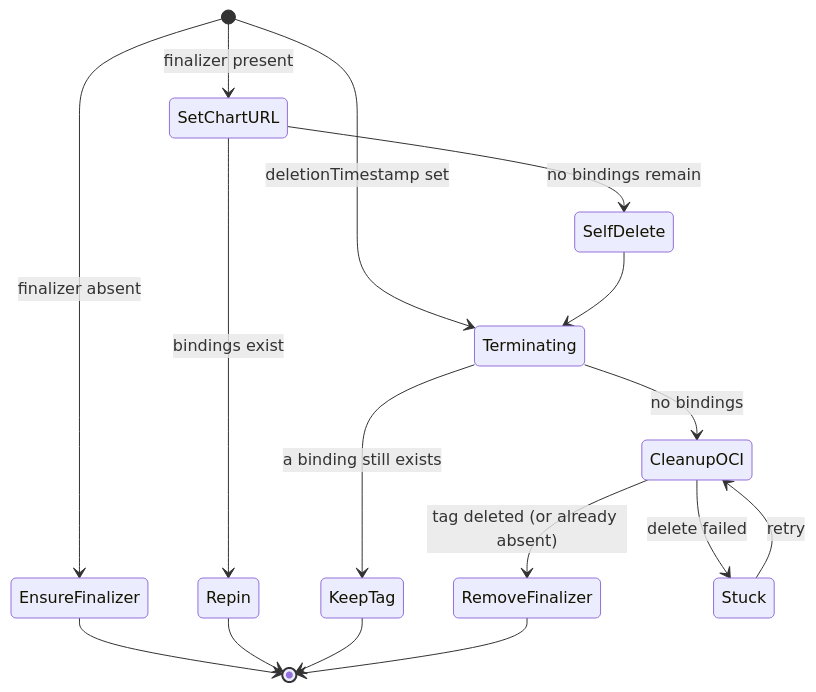
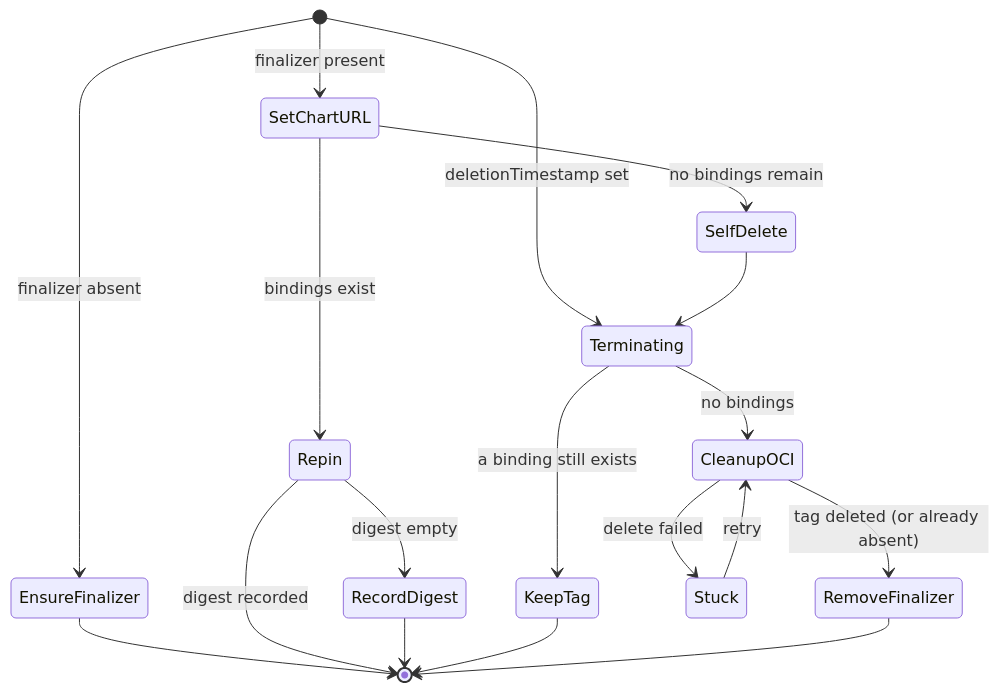
One commit to opendefensecloud/solution-arsenal changed the second of 3 diagrams in docs/developer-guide/renderartifact_controller.md. Above: the diagram before and after it, drawn with Mermaid. The commit also changed other lines of this file and 46 other files, not shown here.

Commit message:
feat: match the live chart by digest and roll up Target health

````diff
--- a/docs/developer-guide/renderartifact_controller.md
+++ b/docs/developer-guide/renderartifact_controller.md
@@ -54,20 +55,22 @@
 ```mermaid
 stateDiagram-v2
     [*] --> Terminating: deletionTimestamp set
     [*] --> EnsureFinalizer: finalizer absent
     EnsureFinalizer --> [*]
     [*] --> SetChartURL: finalizer present
 
     SetChartURL --> Repin: bindings exist
     SetChartURL --> SelfDelete: no bindings remain
-    Repin --> [*]
+    Repin --> RecordDigest: digest empty
+    Repin --> [*]: digest recorded
+    RecordDigest --> [*]
     SelfDelete --> Terminating
 
     Terminating --> KeepTag: a binding still exists
     Terminating --> CleanupOCI: no bindings
     KeepTag --> [*]
     CleanupOCI --> RemoveFinalizer: tag deleted (or already absent)
     CleanupOCI --> Stuck: delete failed
     RemoveFinalizer --> [*]
     Stuck --> CleanupOCI: retry
 ```
````
